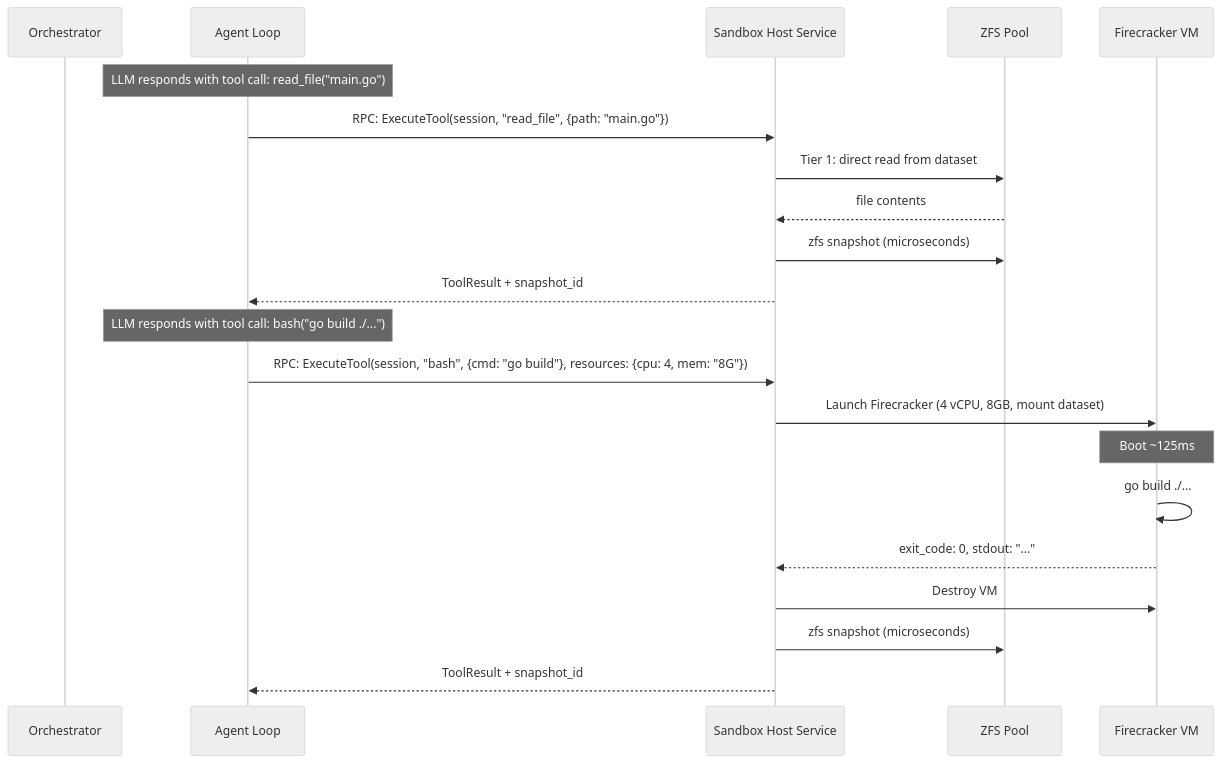
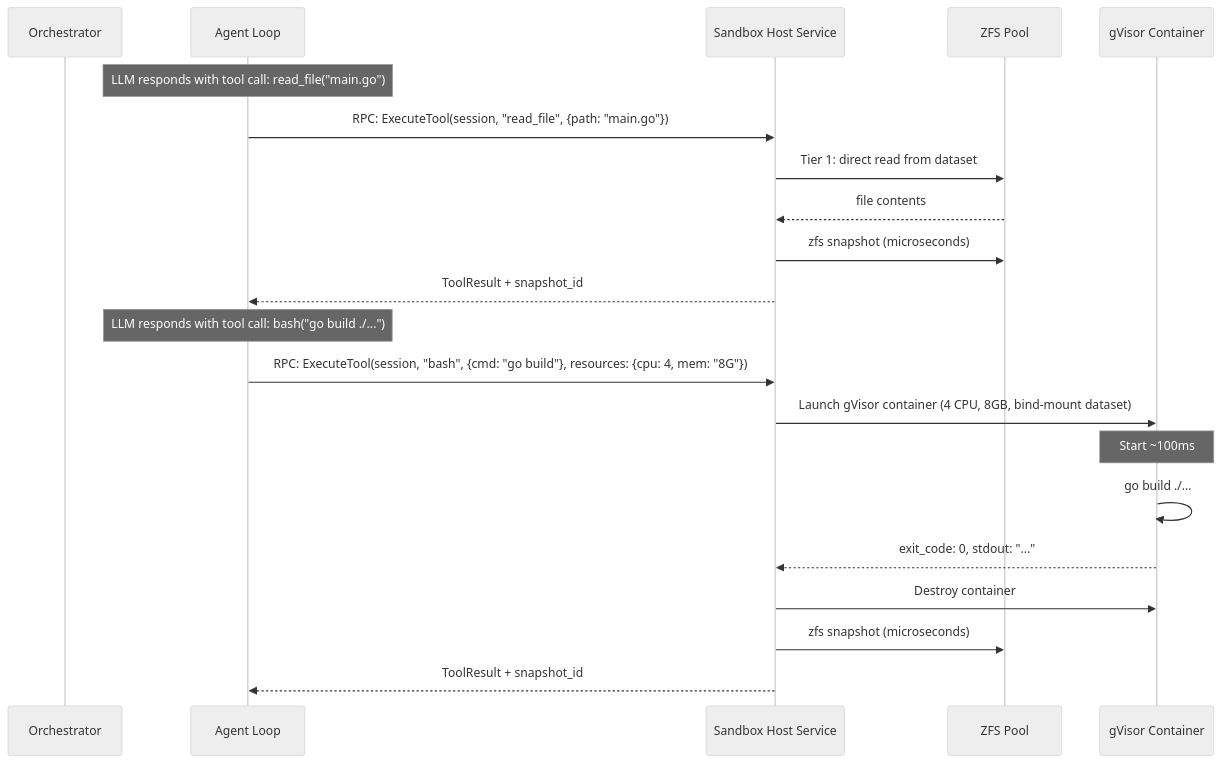
The second of 3 diagrams in docs/shaping/agent-runtime.md (dcosson/flex-agent-runtime), drawn with Mermaid (neutral theme) before and after one commit. The commit also changed other lines of this file, not shown here.

First line of the commit message:
Switch sandbox isolation from Firecracker to gVisor

````diff
--- a/docs/shaping/agent-runtime.md
+++ b/docs/shaping/agent-runtime.md
@@ -317,27 +316,27 @@
 ```mermaid
 sequenceDiagram
     participant Orch as Orchestrator
     participant Agent as Agent Loop
     participant Host as Sandbox Host Service
     participant ZFS as ZFS Pool
-    participant VM as Firecracker VM
+    participant GV as gVisor Container
 
     Note over Agent: LLM responds with tool call: read_file("main.go")
 
     Agent->>Host: RPC: ExecuteTool(session, "read_file", {path: "main.go"})
     Host->>ZFS: Tier 1: direct read from dataset
     ZFS-->>Host: file contents
     Host->>ZFS: zfs snapshot (microseconds)
     Host-->>Agent: ToolResult + snapshot_id
 
     Note over Agent: LLM responds with tool call: bash("go build ./...")
 
     Agent->>Host: RPC: ExecuteTool(session, "bash", {cmd: "go build"}, resources: {cpu: 4, mem: "8G"})
-    Host->>VM: Launch Firecracker (4 vCPU, 8GB, mount dataset)
-    Note over VM: Boot ~125ms
-    VM->>VM: go build ./...
-    VM-->>Host: exit_code: 0, stdout: "..."
-    Host->>VM: Destroy VM
+    Host->>GV: Launch gVisor container (4 CPU, 8GB, bind-mount dataset)
+    Note over GV: Start ~100ms
+    GV->>GV: go build ./...
+    GV-->>Host: exit_code: 0, stdout: "..."
+    Host->>GV: Destroy container
     Host->>ZFS: zfs snapshot (microseconds)
     Host-->>Agent: ToolResult + snapshot_id
 ```
````
